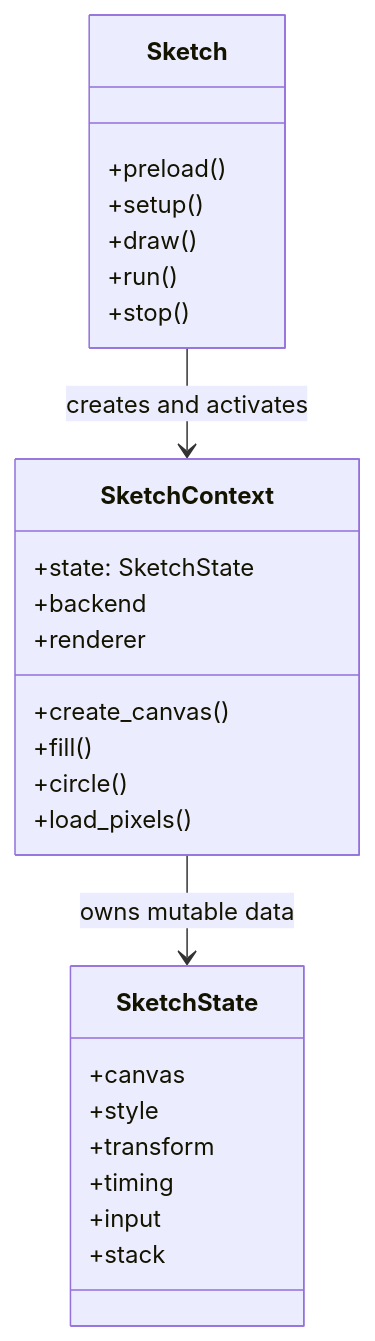
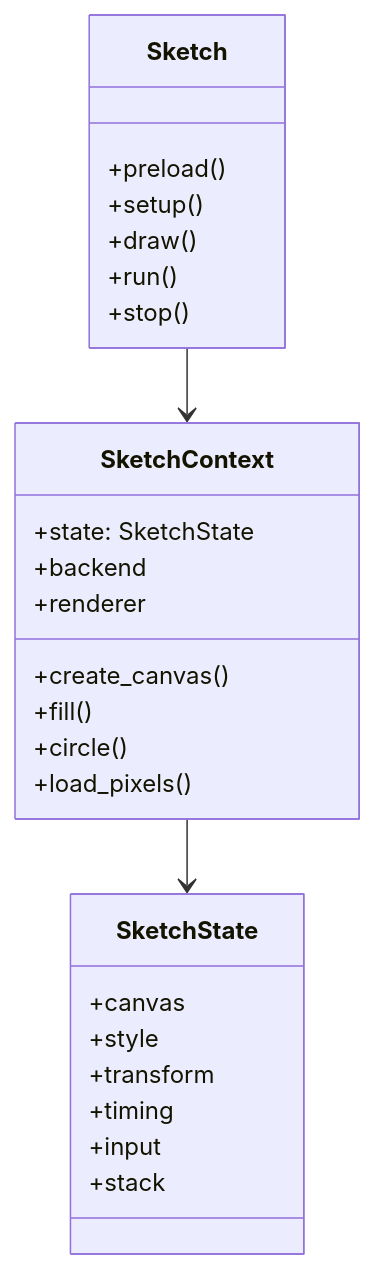
Before and after one commit to JonathanHHenson/gummy_snake: the second of 4 diagrams in docs/contribute/architecture.md, drawn with Mermaid. The commit also changed other lines of this file and 4 other files, not shown here.

Commit message:
Clarify runtime and adapter architecture docs

````diff
--- a/docs/contribute/architecture.md
+++ b/docs/contribute/architecture.md
@@ -83,32 +120,32 @@
 ```mermaid
 classDiagram
     class Sketch {
         +preload()
         +setup()
         +draw()
         +run()
         +stop()
     }
 
     class SketchContext {
         +state: SketchState
         +backend
         +renderer
         +create_canvas()
         +fill()
         +circle()
         +load_pixels()
     }
 
     class SketchState {
         +canvas
         +style
         +transform
         +timing
         +input
         +stack
     }
 
-    Sketch --> SketchContext : creates and activates
-    SketchContext --> SketchState : owns mutable data
+    Sketch --> SketchContext
+    SketchContext --> SketchState
 ```
````
